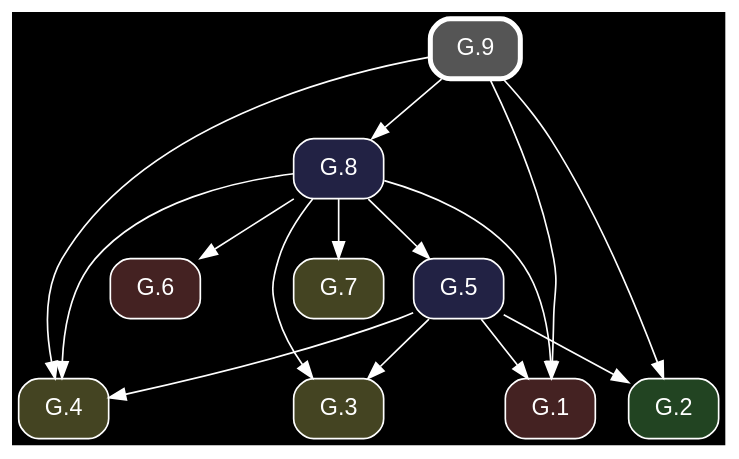
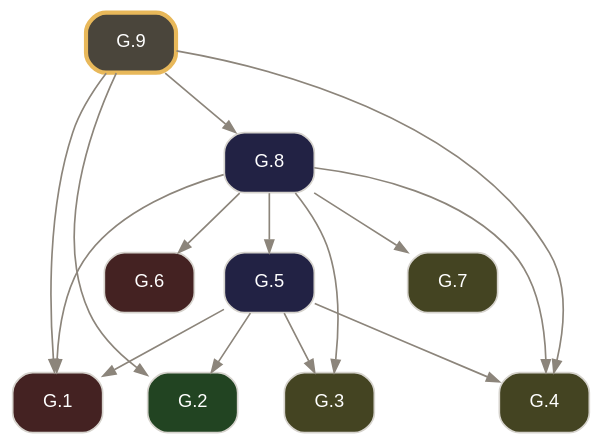
The diagram in docsrc/elements2/G.9/index.rst (geometor/elements), drawn with Graphviz before and after one commit. The commit also changed other lines of this file and 261 other files, not shown here.

Commit message:
feat: rebuild Elements 2.0 G-Index pipeline from composed Euclid Heath edition (v0.3.0)

```diff
--- a/docsrc/elements2/G.9/index.rst
+++ b/docsrc/elements2/G.9/index.rst
@@ -36,31 +56,31 @@
 .. graphviz::
 
    digraph {
-     bgcolor="black";
-     node [shape=box, style="rounded,filled", fontname="Helvetica", color="white", fontcolor="white"];
-     edge [color="white", fontcolor="white"];
+     bgcolor="transparent";
+     node [shape=box, style="rounded,filled", fontname="Helvetica", fontsize=11, color="#d6d3cd", fontcolor="#ffffff"];
+     edge [color="#8c857b", fontcolor="#8c857b", arrowsize=0.75];
      rankdir="TB";
-     "G.6" [label="G.6", fillcolor="#442222", URL="/elements2/G.6/", target="_top"];
-     "G.8" [label="G.8", fillcolor="#222244", URL="/elements2/G.8/", target="_top"];
-     "G.9" [label="G.9", penwidth=3, color="white", fillcolor="#555555", URL="/elements2/G.9/", target="_top"];
-     "G.7" [label="G.7", fillcolor="#444422", URL="/elements2/G.7/", target="_top"];
-     "G.3" [label="G.3", fillcolor="#444422", URL="/elements2/G.3/", target="_top"];
-     "G.5" [label="G.5", fillcolor="#222244", URL="/elements2/G.5/", target="_top"];
-     "G.4" [label="G.4", fillcolor="#444422", URL="/elements2/G.4/", target="_top"];
-     "G.1" [label="G.1", fillcolor="#442222", URL="/elements2/G.1/", target="_top"];
-     "G.2" [label="G.2", fillcolor="#224422", URL="/elements2/G.2/", target="_top"];
-     "G.8" -> "G.6";
-     "G.9" -> "G.8";
-     "G.8" -> "G.7";
-     "G.5" -> "G.3";
-     "G.8" -> "G.3";
-     "G.8" -> "G.5";
-     "G.5" -> "G.4";
-     "G.8" -> "G.4";
-     "G.9" -> "G.4";
+     "G.1" [label="G.1", tooltip="G.1 (I.cn.1)", fillcolor="#442222", URL="../G.1/index.html", target="_top"];
+     "G.2" [label="G.2", tooltip="G.2 (I.def.15)", fillcolor="#224422", URL="../G.2/index.html", target="_top"];
+     "G.3" [label="G.3", tooltip="G.3 (I.post.1)", fillcolor="#444422", URL="../G.3/index.html", target="_top"];
+     "G.4" [label="G.4", tooltip="G.4 (I.post.3)", fillcolor="#444422", URL="../G.4/index.html", target="_top"];
+     "G.5" [label="G.5", tooltip="G.5 (I.1)", fillcolor="#222244", URL="../G.5/index.html", target="_top"];
+     "G.6" [label="G.6", tooltip="G.6 (I.cn.3)", fillcolor="#442222", URL="../G.6/index.html", target="_top"];
+     "G.7" [label="G.7", tooltip="G.7 (I.post.2)", fillcolor="#444422", URL="../G.7/index.html", target="_top"];
+     "G.8" [label="G.8", tooltip="G.8 (I.2)", fillcolor="#222244", URL="../G.8/index.html", target="_top"];
+     "G.9" [label="G.9", tooltip="G.9 (I.3)", penwidth=2.5, color="#e8b85a", fillcolor="#4a453b", URL="index.html", target="_top"];
      "G.5" -> "G.1";
      "G.8" -> "G.1";
      "G.9" -> "G.1";
      "G.5" -> "G.2";
      "G.9" -> "G.2";
+     "G.5" -> "G.3";
+     "G.8" -> "G.3";
+     "G.5" -> "G.4";
+     "G.8" -> "G.4";
+     "G.9" -> "G.4";
+     "G.8" -> "G.5";
+     "G.8" -> "G.6";
+     "G.8" -> "G.7";
+     "G.9" -> "G.8";
    }
```
